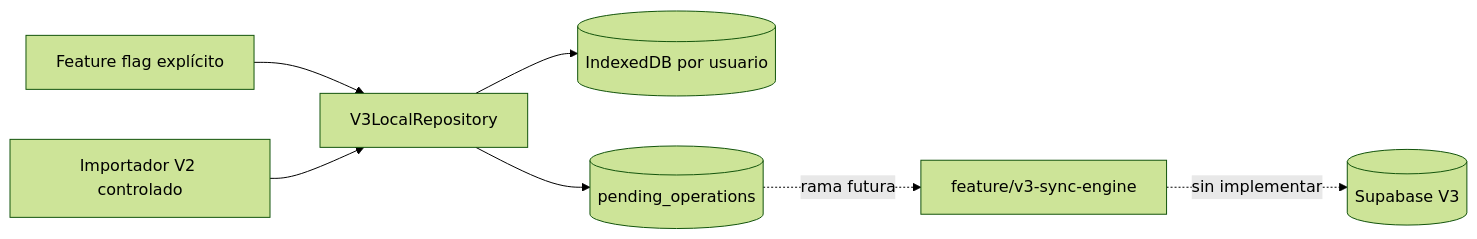
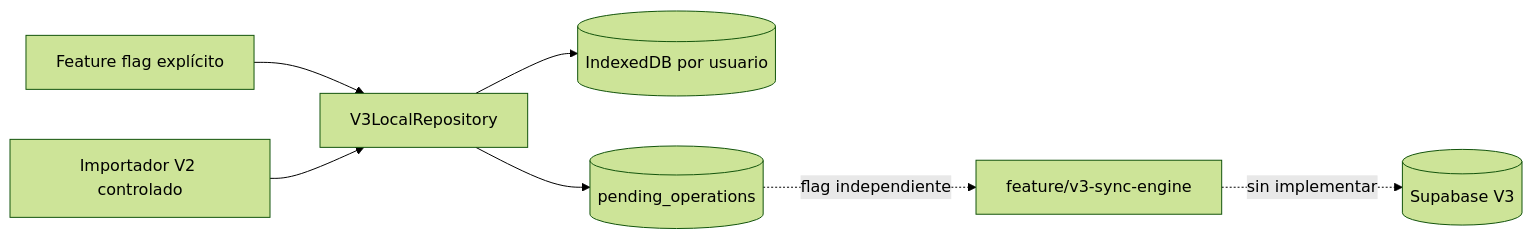
Before and after one commit to nicolascornejo7/nico-fit: the diagram in docs/v3-client-storage.md, drawn with Mermaid (forest theme). The commit also changed other lines of this file and 15 other files, not shown here.

````diff
--- a/docs/v3-client-storage.md
+++ b/docs/v3-client-storage.md
@@ -9,9 +9,9 @@
 ```mermaid
 flowchart LR
   Flag[Feature flag explícito] --> Repository[V3LocalRepository]
   Repository --> UserDB[(IndexedDB por usuario)]
   Repository --> Queue[(pending_operations)]
   Import[Importador V2 controlado] --> Repository
-  Queue -. rama futura .-> Sync[feature/v3-sync-engine]
+  Queue -. flag independiente .-> Sync[feature/v3-sync-engine]
   Sync -. sin implementar .-> Supabase[(Supabase V3)]
 ```
````
